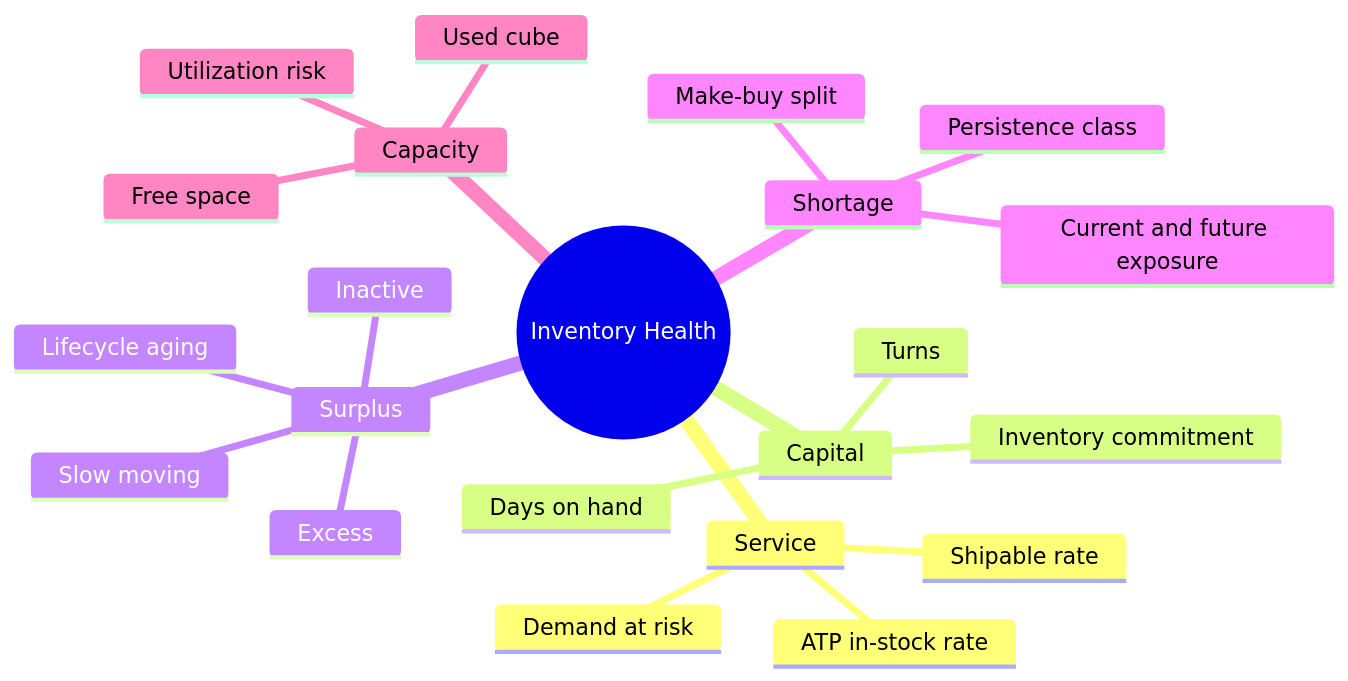
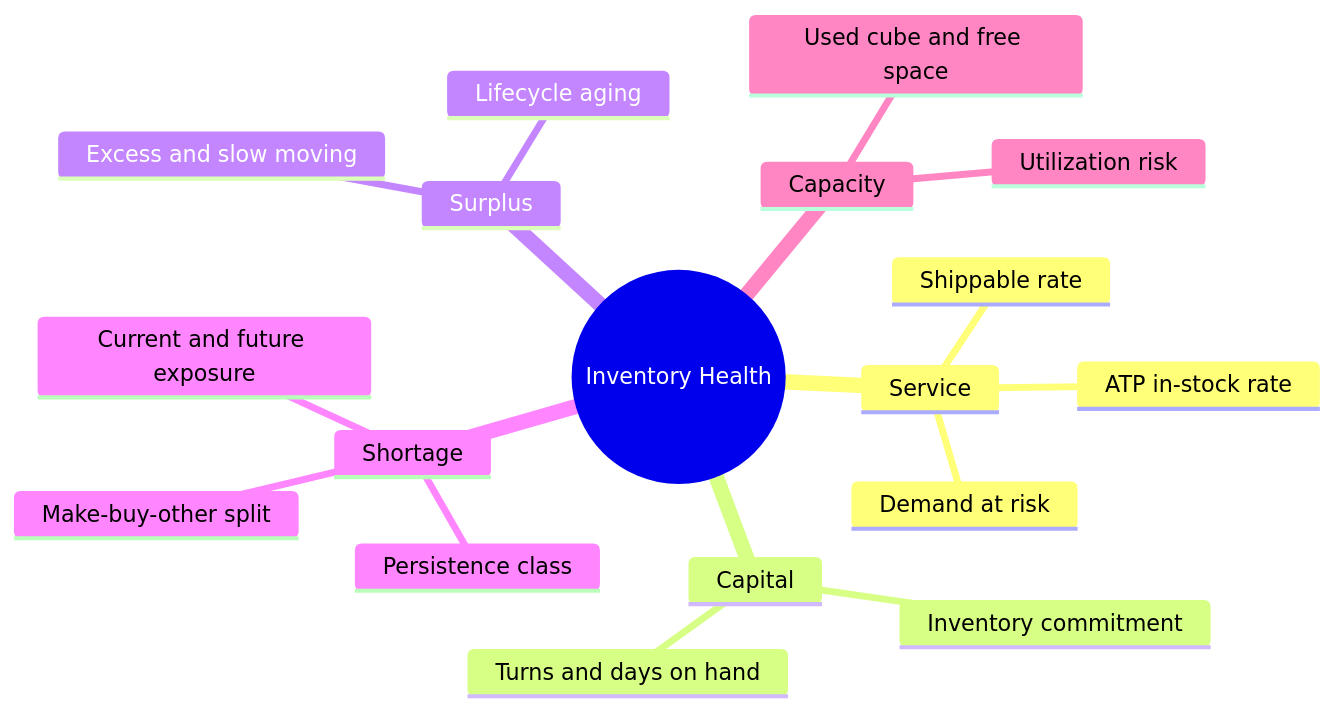
One commit to vothai17072002/inventory-health-control-tower changed the second of 2 diagrams in README.md. Above: the diagram before and after it, drawn with Mermaid. The commit also changed other lines of this file and 11 other files, not shown here.

````diff
--- a/README.md
+++ b/README.md
@@ -43,25 +52,21 @@
 ```mermaid
 mindmap
   root((Inventory Health))
     Service
       ATP in-stock rate
-      Shipable rate
+      Shippable rate
       Demand at risk
     Capital
       Inventory commitment
-      Turns
-      Days on hand
+      Turns and days on hand
     Surplus
-      Excess
-      Slow moving
-      Inactive
+      Excess and slow moving
       Lifecycle aging
     Shortage
       Current and future exposure
-      Make-buy split
+      Make-buy-other split
       Persistence class
     Capacity
-      Used cube
-      Free space
+      Used cube and free space
       Utilization risk
 ```
````
